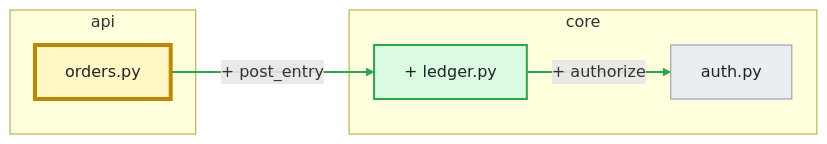
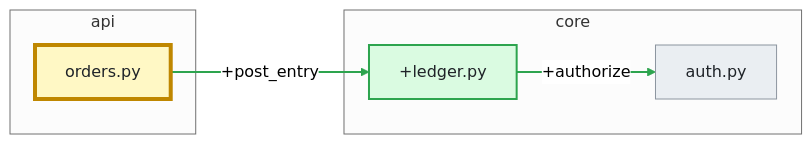
One commit to lemoncrow-lab/lemoncrow changed the second of 2 diagrams in docs/setup/github-action.md. Above: the diagram before and after it, drawn with Mermaid. The commit also changed other lines of this file and 1 other file, not shown here.

````diff
--- a/docs/setup/github-action.md
+++ b/docs/setup/github-action.md
@@ -368,16 +450,17 @@
 ```mermaid
+%%{init: {'theme': 'neutral'}}%%
 flowchart LR
     classDef added fill:#dafbe1,stroke:#2da44e,stroke-width:2px,color:#1f2328
     classDef changed fill:#fff8c5,stroke:#bf8700,stroke-width:4px,color:#1f2328
     classDef context fill:#eaeef2,stroke:#8c959f,stroke-width:1px,color:#1f2328
     subgraph g1["api"]
         n1["orders.py"]:::changed
     end
     subgraph g2["core"]
-        n2["+ ledger.py"]:::added
+        n2["+ledger.py"]:::added
         n3["auth.py"]:::context
     end
-    n1 -->|"+ post_entry"| n2
-    n2 -->|"+ authorize"| n3
+    n1 -->|"+post_entry"| n2
+    n2 -->|"+authorize"| n3
     linkStyle 0,1 stroke:#2da44e,stroke-width:2px
 ```
````
